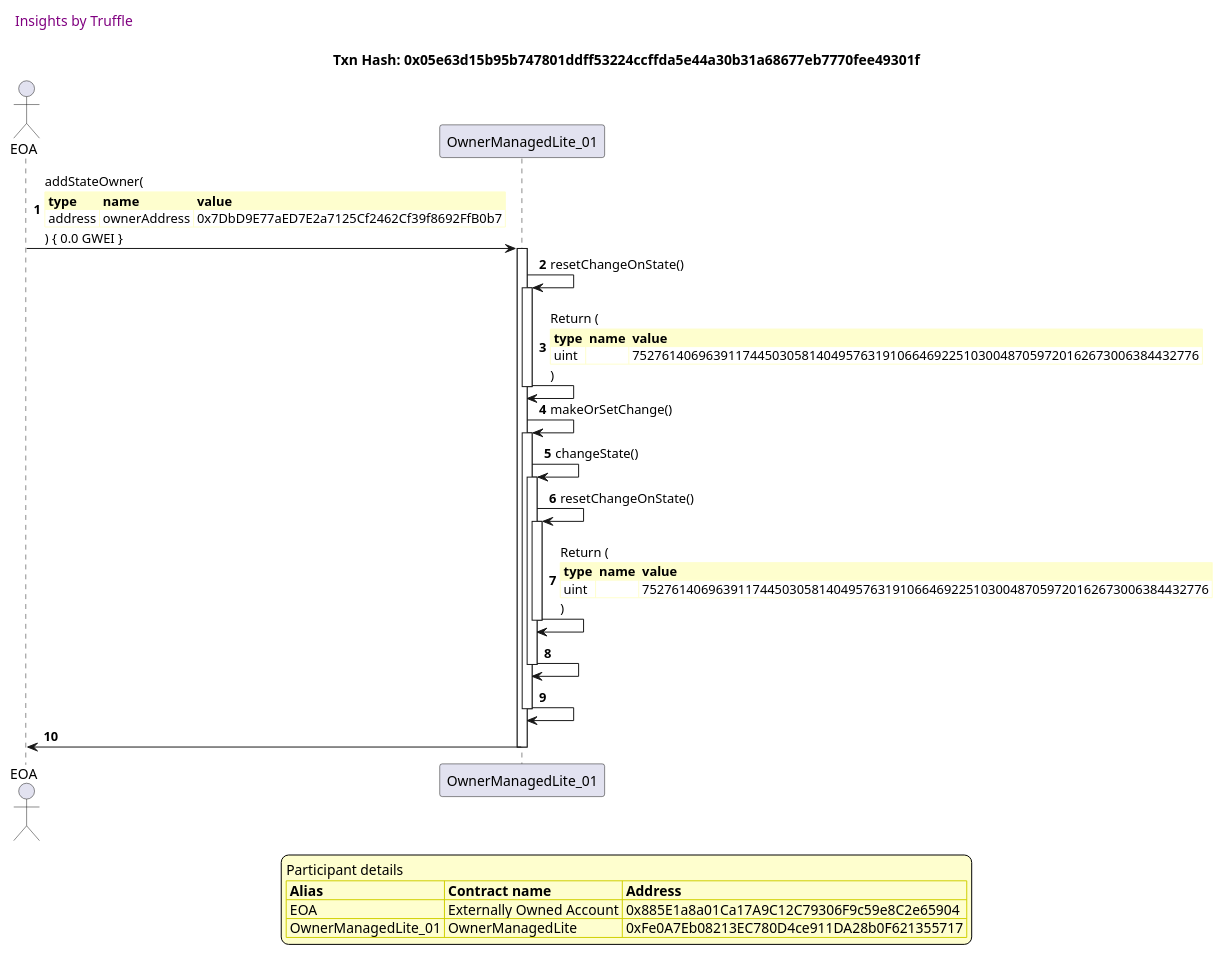
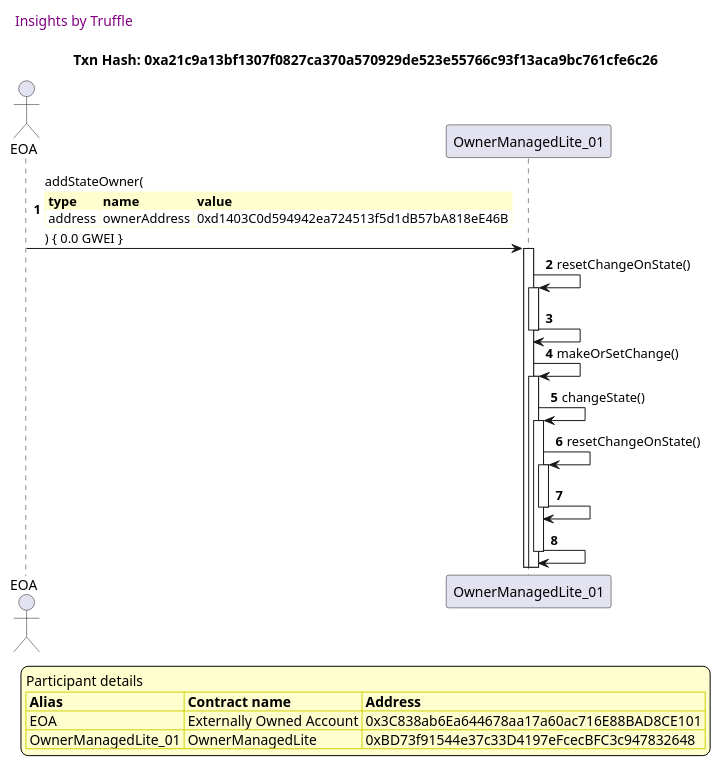
Before and after one commit to thedarkjester/ConsensysAssignment: diagram 15 of 49 in truffle-seq/OwnerManagedLite_test_remove_owner.md, drawn with PlantUML. The commit also changed other lines of this file and 13 other files, not shown here.

````diff
--- a/truffle-seq/OwnerManagedLite_test_remove_owner.md
+++ b/truffle-seq/OwnerManagedLite_test_remove_owner.md
@@ -677,54 +677,46 @@
 ```plantuml
 
 
 @startuml
 
 autonumber
 skinparam legendBackgroundColor #FEFECE
 
 <style>
       header {
         HorizontalAlignment left
         FontColor purple
         FontSize 14
         Padding 10
       }
     </style>
 
 header Insights by Truffle
 
-title Txn Hash: 0x05e63d15b95b747801ddff53224ccffda5e44a30b31a68677eb7770fee49301f
+title Txn Hash: 0xa21c9a13bf1307f0827ca370a570929de523e55766c93f13aca9bc761cfe6c26
 
 
 actor EOA as "EOA"
 participant OwnerManagedLite_01 as "OwnerManagedLite_01"
 
 "EOA" -> "OwnerManagedLite_01" ++: addStateOwner(\n\
 <#FEFECE,#FEFECE>|= type |= name |= value |\n\
-| address | ownerAddress | 0x7DbD9E77aED7E2a7125Cf2462Cf39f8692FfB0b7 |\n\
+| address | ownerAddress | 0xd1403C0d594942ea724513f5d1dB57bA818eE46B |\n\
 ) { 0.0 GWEI }
 "OwnerManagedLite_01" -> "OwnerManagedLite_01" ++: resetChangeOnState()
-"OwnerManagedLite_01" -> "OwnerManagedLite_01" --: Return (\n\
-<#FEFECE,#FEFECE>|= type |= name |= value |\n\
-| uint |  | 75276140696391174450305814049576319106646922510300487059720162673006384432776 |\n\
-)
+"OwnerManagedLite_01" -> "OwnerManagedLite_01" --: 
 "OwnerManagedLite_01" -> "OwnerManagedLite_01" ++: makeOrSetChange()
 "OwnerManagedLite_01" -> "OwnerManagedLite_01" ++: changeState()
 "OwnerManagedLite_01" -> "OwnerManagedLite_01" ++: resetChangeOnState()
-"OwnerManagedLite_01" -> "OwnerManagedLite_01" --: Return (\n\
-<#FEFECE,#FEFECE>|= type |= name |= value |\n\
-| uint |  | 75276140696391174450305814049576319106646922510300487059720162673006384432776 |\n\
-)
 "OwnerManagedLite_01" -> "OwnerManagedLite_01" --: 
 "OwnerManagedLite_01" -> "OwnerManagedLite_01" --: 
-"OwnerManagedLite_01" -> "EOA" --: 
 
 legend
 Participant details
 <#FEFECE,#D0D000>|= Alias |= Contract name |= Address |
-<#FEFECE>| EOA | Externally Owned Account | 0x885E1a8a01Ca17A9C12C79306F9c59e8C2e65904 |
-<#FEFECE>| OwnerManagedLite_01 | OwnerManagedLite | 0xFe0A7Eb08213EC780D4ce911DA28b0F621355717 |
+<#FEFECE>| EOA | Externally Owned Account | 0x3C838ab6Ea644678aa17a60ac716E88BAD8CE101 |
+<#FEFECE>| OwnerManagedLite_01 | OwnerManagedLite | 0xBD73f91544e37c33D4197eFcecBFC3c947832648 |
 endlegend
 
 @enduml
 ```
````
